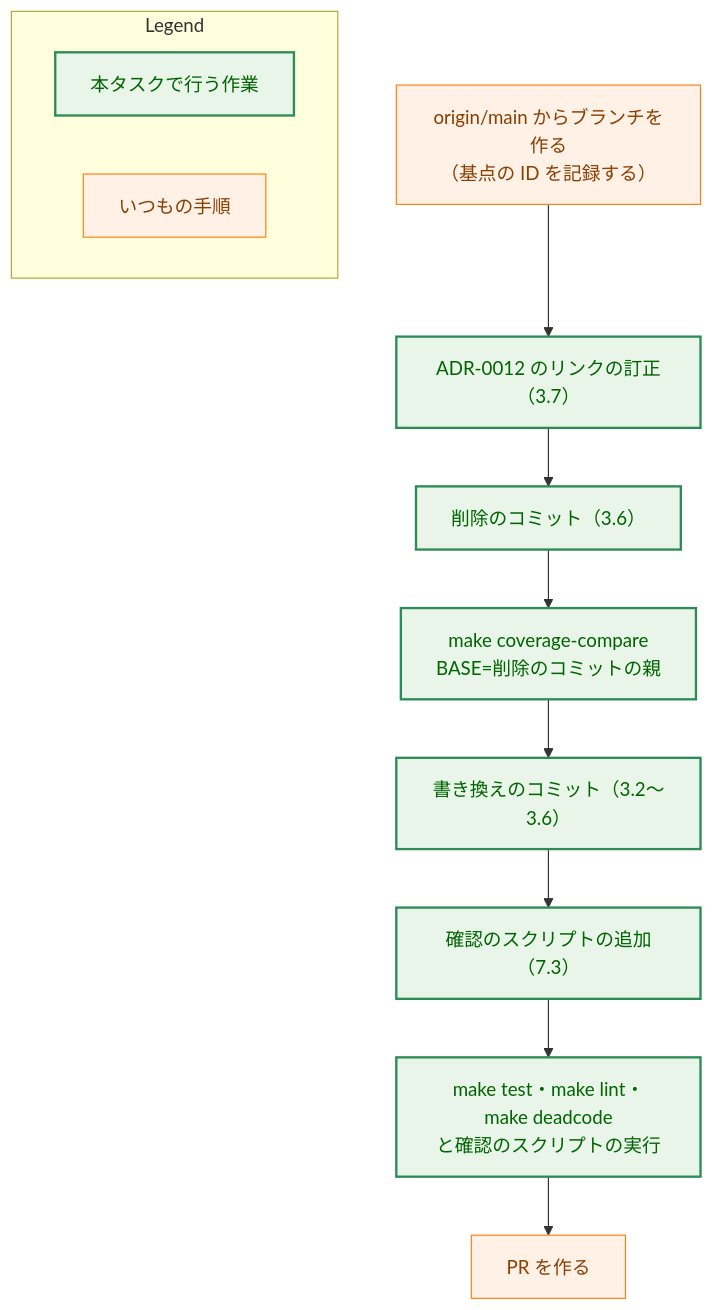
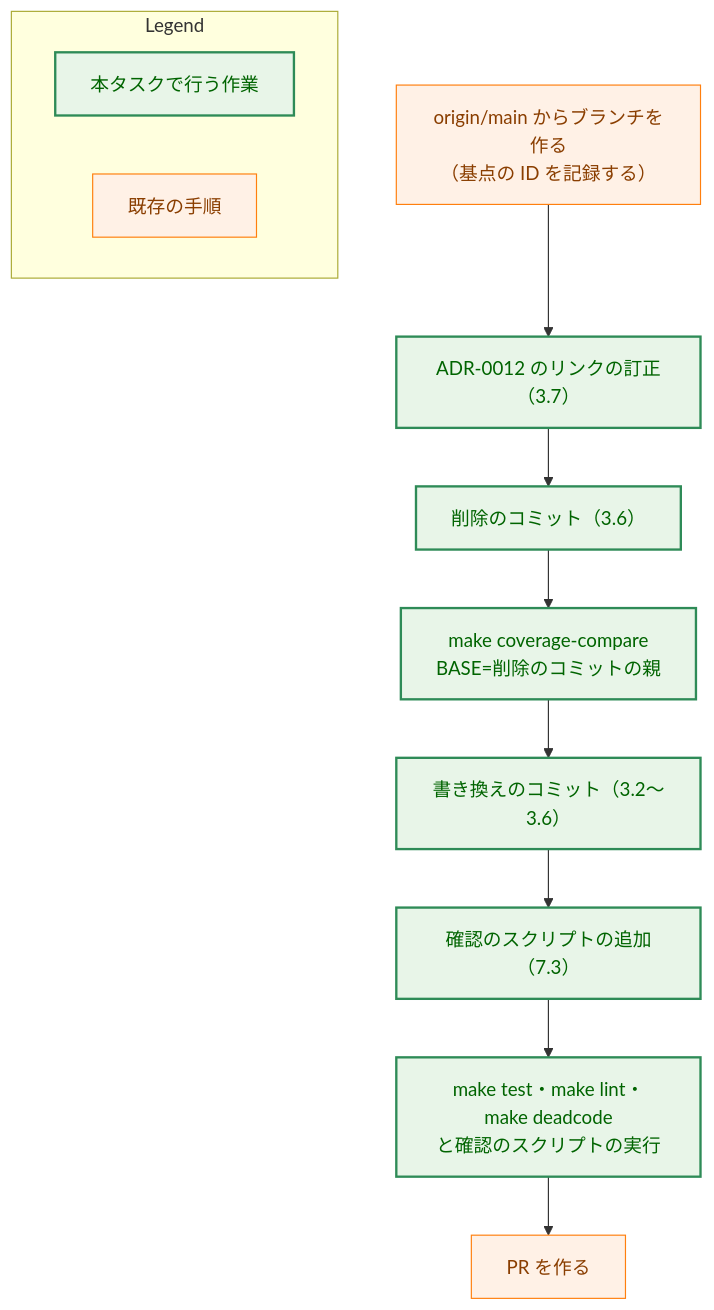
The third of 4 diagrams in docs/tasks/0075_remove_lightweight_process/02_architecture.md (isseis/yt2column), drawn with Mermaid before and after one commit. The commit also changed other lines of this file, not shown here.

First line of the commit message:
docs(0075): address the architecture review and the prose pass

````diff
--- a/docs/tasks/0075_remove_lightweight_process/02_architecture.md
+++ b/docs/tasks/0075_remove_lightweight_process/02_architecture.md
@@ -353,32 +353,32 @@
 ```mermaid
 flowchart TD
     classDef process fill:#fff1e6,stroke:#ff7f0e,stroke-width:1px,color:#8a3e00;
     classDef enhanced fill:#e8f5e8,stroke:#2e8b57,stroke-width:2px,color:#006400;
 
     START["origin/main からブランチを作る<br>（基点の ID を記録する）"]
     C0["ADR-0012 のリンクの訂正（3.7）"]
     C1["削除のコミット（3.6）"]
     CMP["make coverage-compare<br>BASE=削除のコミットの親"]
     C2["書き換えのコミット（3.2〜3.6）"]
     C3["確認のスクリプトの追加（7.3）"]
     RUN["make test・make lint・make deadcode<br>と確認のスクリプトの実行"]
     PRC["PR を作る"]
 
     START --> C0
     C0 --> C1
     C1 --> CMP
     CMP --> C2
     C2 --> C3
     C3 --> RUN
     RUN --> PRC
 
     class START,PRC process
     class C0,C1,CMP,C2,C3,RUN enhanced
 
     subgraph Legend["Legend"]
         L1["本タスクで行う作業"]
-        L2["いつもの手順"]
+        L2["既存の手順"]
     end
     class L1 enhanced
     class L2 process
 ```
````
